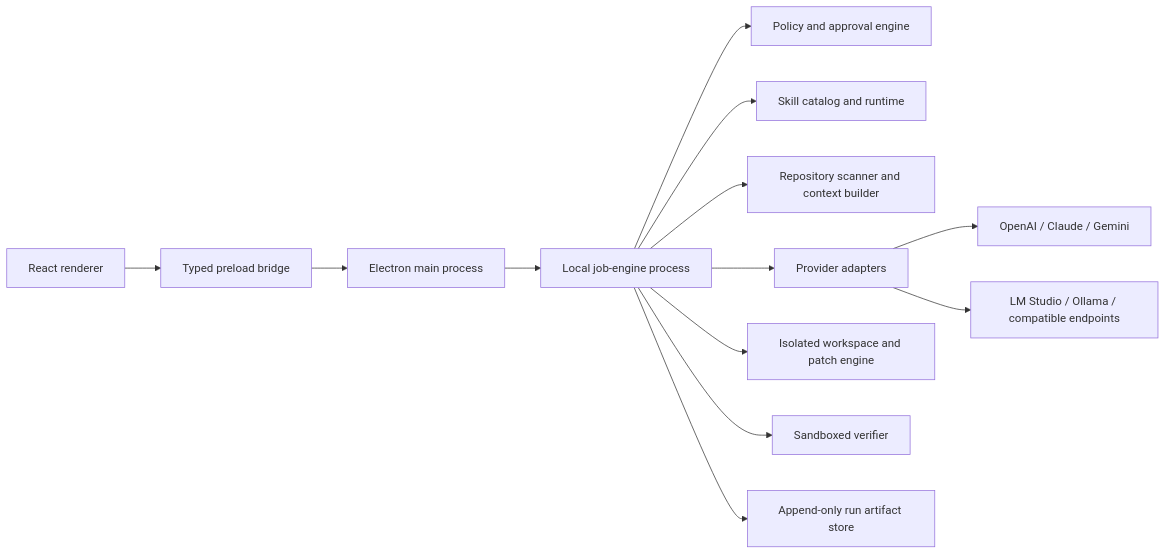
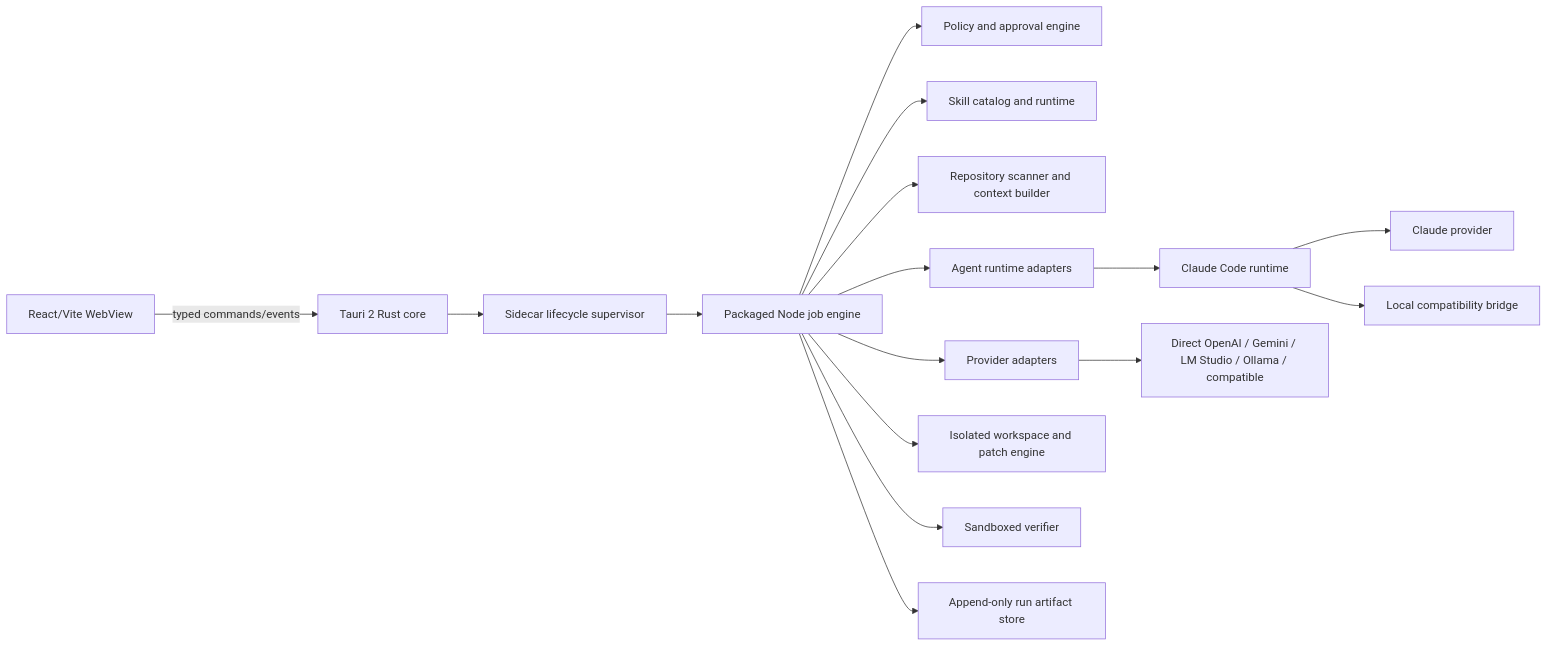
One commit to pimp-code/pimp-code-app changed the diagram in PROJECT_PLAN.md. Above: the diagram before and after it, drawn with Mermaid. The commit also changed other lines of this file and 88 other files, not shown here.

````diff
--- a/PROJECT_PLAN.md
+++ b/PROJECT_PLAN.md
@@ -136,15 +136,18 @@
 ```mermaid
 flowchart LR
-  UI["React renderer"] --> Bridge["Typed preload bridge"]
-  Bridge --> Main["Electron main process"]
-  Main --> Engine["Local job-engine process"]
+  UI["React/Vite WebView"] -->|"typed commands/events"| Core["Tauri 2 Rust core"]
+  Core --> Supervisor["Sidecar lifecycle supervisor"]
+  Supervisor --> Engine["Packaged Node job engine"]
   Engine --> Policy["Policy and approval engine"]
   Engine --> Skills["Skill catalog and runtime"]
   Engine --> Context["Repository scanner and context builder"]
+  Engine --> Runtimes["Agent runtime adapters"]
   Engine --> Providers["Provider adapters"]
   Engine --> Workspace["Isolated workspace and patch engine"]
   Engine --> Verify["Sandboxed verifier"]
   Engine --> Store["Append-only run artifact store"]
-  Providers --> Cloud["OpenAI / Claude / Gemini"]
-  Providers --> Local["LM Studio / Ollama / compatible endpoints"]
+  Runtimes --> ClaudeCode["Claude Code runtime"]
+  ClaudeCode --> Claude["Claude provider"]
+  ClaudeCode --> Compat["Local compatibility bridge"]
+  Providers --> Direct["Direct OpenAI / Gemini / LM Studio / Ollama / compatible"]
 ```
````
